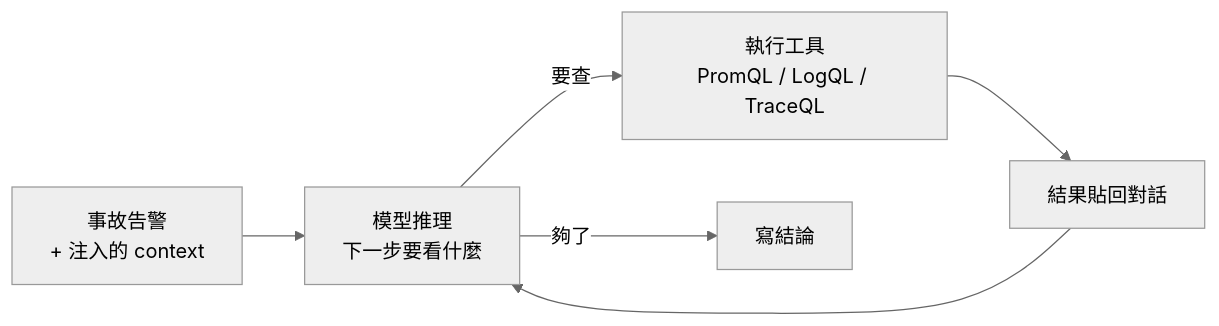
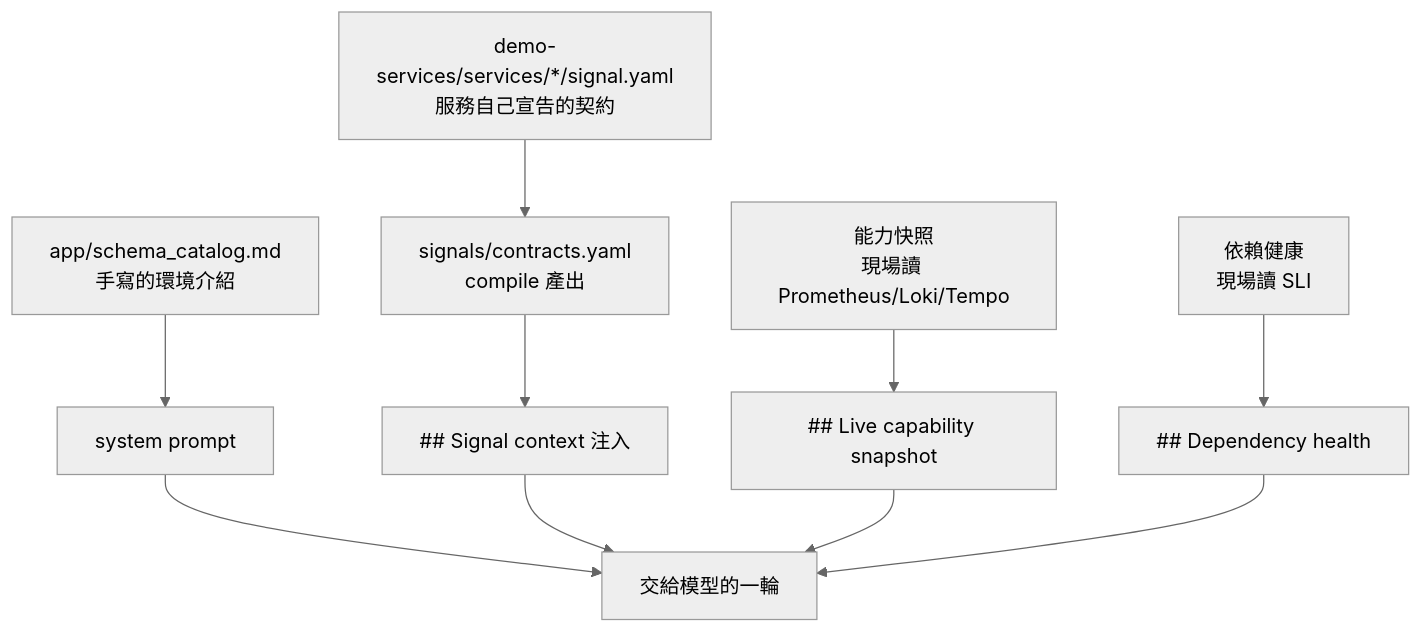
Before and after one commit to tedmax100/o11y-bench: the first of 3 diagrams in weaver-demo/ironman-2026/day22.md, drawn with Mermaid (neutral theme). The commit also changed other lines of this file and 29 other files, not shown here.

````diff
--- a/weaver-demo/ironman-2026/day22.md
+++ b/weaver-demo/ironman-2026/day22.md
@@ -38,8 +75,12 @@
 ```mermaid
-flowchart LR
-    Q["事故告警<br/>+ 注入的 context"] --> R["模型推理<br/>下一步要看什麼"]
-    R -->|"要查"| A["執行工具<br/>PromQL / LogQL / TraceQL"]
-    A --> O["結果貼回對話"]
-    O --> R
-    R -->|"夠了"| ANS["寫結論"]
+flowchart TB
+    SC["app/schema_catalog.md<br/>手寫的環境介紹"] --> SP["system prompt"]
+    SY["demo-services/services/*/signal.yaml<br/>服務自己宣告的契約"] --> CY["signals/contracts.yaml<br/>compile 產出"]
+    CY --> INJ["## Signal context 注入"]
+    CAP["能力快照<br/>現場讀 Prometheus/Loki/Tempo"] --> INJ2["## Live capability snapshot"]
+    DEP["依賴健康<br/>現場讀 SLI"] --> INJ3["## Dependency health"]
+    SP --> M["交給模型的一輪"]
+    INJ --> M
+    INJ2 --> M
+    INJ3 --> M
 ```
````
